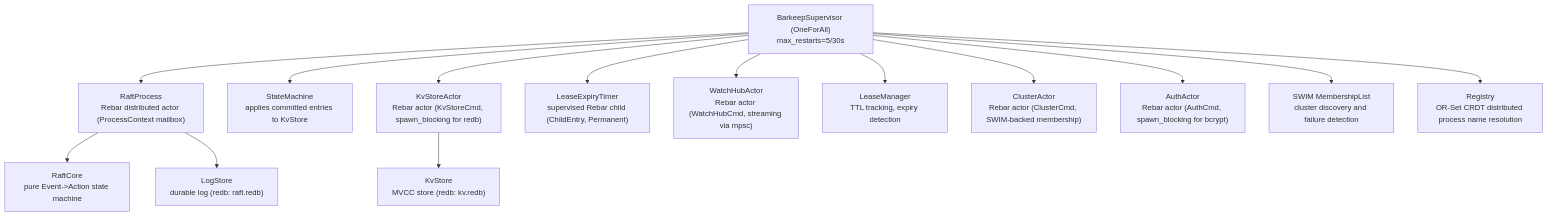
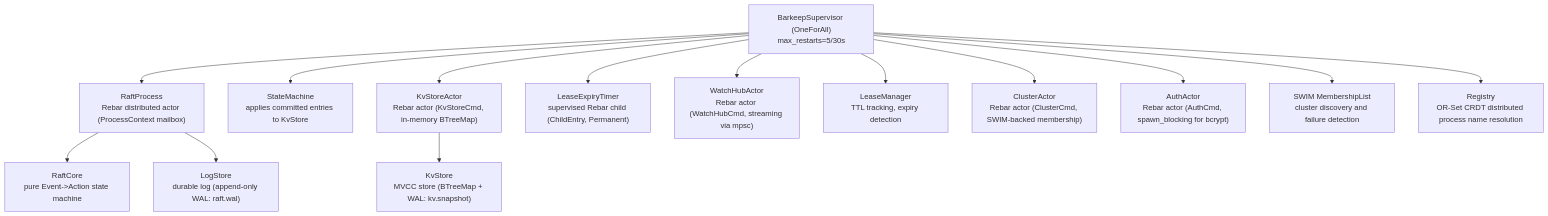
One commit to alexandernicholson/barkeeper changed the second of 9 diagrams in docs/architecture.md. Above: the diagram before and after it, drawn with Mermaid. The commit also changed other lines of this file and 5 other files, not shown here.

First line of the commit message:
docs: update all documentation for in-memory KV store architecture

````diff
--- a/docs/architecture.md
+++ b/docs/architecture.md
@@ -52,17 +52,17 @@
 ```mermaid
 graph TD
     S["BarkeepSupervisor (OneForAll)<br>max_restarts=5/30s"]
     S --> R["RaftProcess<br>Rebar distributed actor (ProcessContext mailbox)"]
     R --> RC["RaftCore<br>pure Event-&gt;Action state machine"]
-    R --> LS["LogStore<br>durable log (redb: raft.redb)"]
+    R --> LS["LogStore<br>durable log (append-only WAL: raft.wal)"]
     S --> SM["StateMachine<br>applies committed entries to KvStore"]
-    S --> KVA["KvStoreActor<br>Rebar actor (KvStoreCmd, spawn_blocking for redb)"]
-    KVA --> KV["KvStore<br>MVCC store (redb: kv.redb)"]
+    S --> KVA["KvStoreActor<br>Rebar actor (KvStoreCmd, in-memory BTreeMap)"]
+    KVA --> KV["KvStore<br>MVCC store (BTreeMap + WAL: kv.snapshot)"]
     S --> LET["LeaseExpiryTimer<br>supervised Rebar child (ChildEntry, Permanent)"]
     S --> WHA["WatchHubActor<br>Rebar actor (WatchHubCmd, streaming via mpsc)"]
     S --> LM["LeaseManager<br>TTL tracking, expiry detection"]
     S --> CA["ClusterActor<br>Rebar actor (ClusterCmd, SWIM-backed membership)"]
     S --> AA["AuthActor<br>Rebar actor (AuthCmd, spawn_blocking for bcrypt)"]
     S --> SWIM["SWIM MembershipList<br>cluster discovery and failure detection"]
     S --> Reg["Registry<br>OR-Set CRDT distributed process name resolution"]
 ```
````
